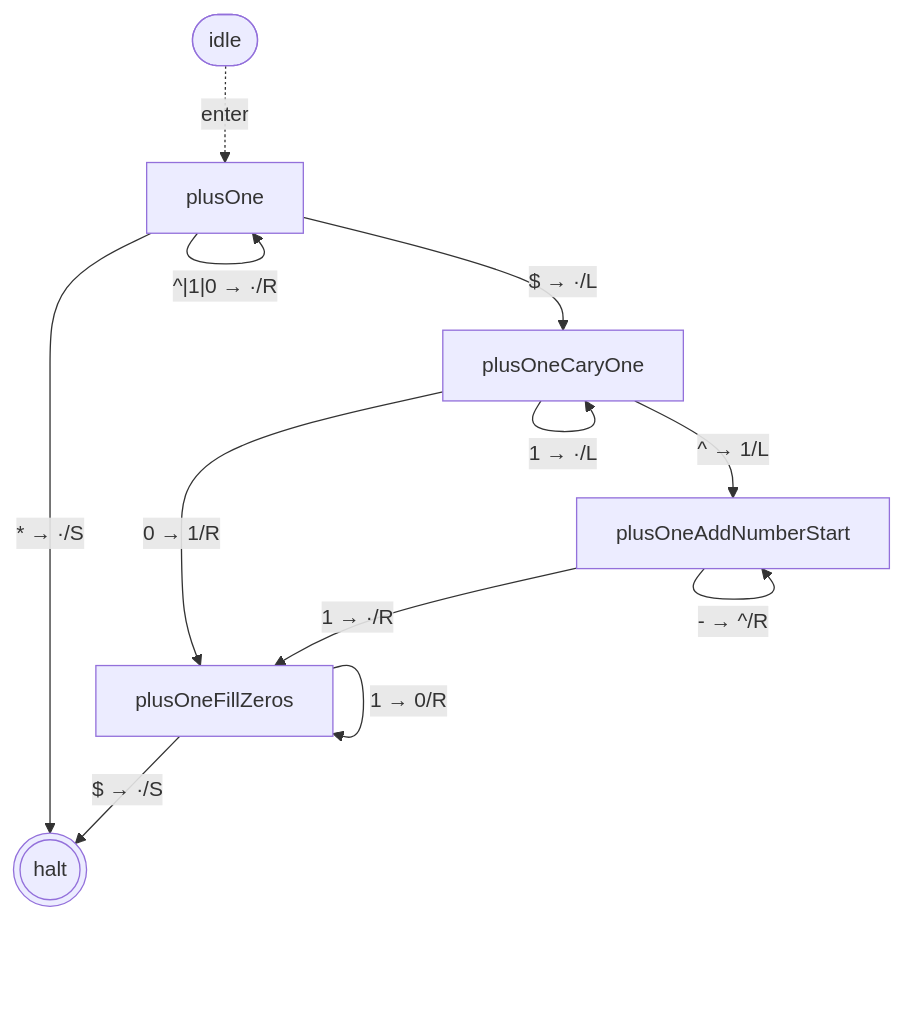
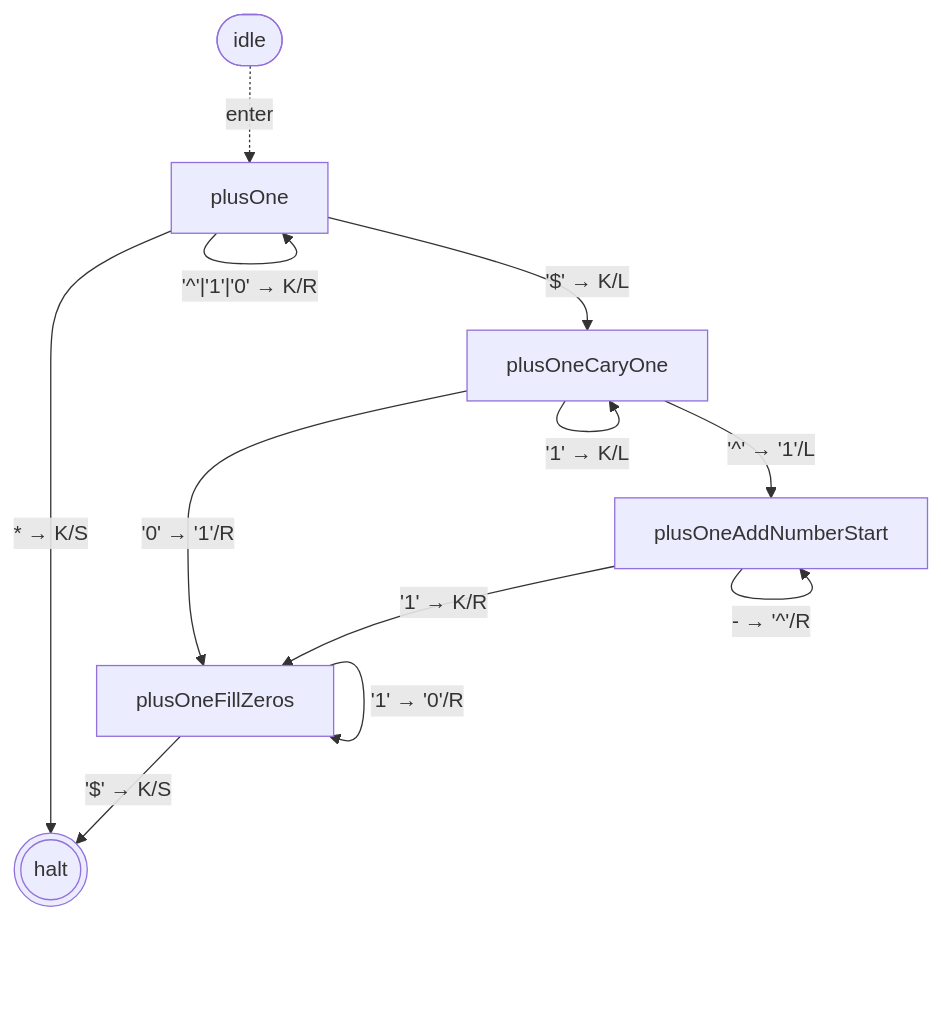
The eighth of 10 diagrams in packages/library-binary-numbers/states.md (mellonis/turing-machine-js), drawn with Mermaid before and after one commit. The commit also changed other lines of this file and 7 other files, not shown here.

````diff
--- a/packages/library-binary-numbers/states.md
+++ b/packages/library-binary-numbers/states.md
@@ -153,21 +153,21 @@
 ```mermaid
 flowchart TD
 %% alphabets: [[" ","^","$","0","1"]]
   s0(((halt)))
   s16["plusOneFillZeros"]
   s17["plusOneAddNumberStart"]
   s18["plusOneCaryOne"]
   s19["plusOne"]
   idle([idle])
   idle -. enter .-> s19
-  s16 -- "1 → 0/R" --> s16
-  s16 -- "$ → ·/S" --> s0
-  s17 -- "- → ^/R" --> s17
-  s17 -- "1 → ·/R" --> s16
-  s18 -- "0 → 1/R" --> s16
-  s18 -- "1 → ·/L" --> s18
-  s18 -- "^ → 1/L" --> s17
-  s19 -- "^|1|0 → ·/R" --> s19
-  s19 -- "$ → ·/L" --> s18
-  s19 -- "* → ·/S" --> s0
+  s16 -- "'1' → '0'/R" --> s16
+  s16 -- "'$' → K/S" --> s0
+  s17 -- "- → '^'/R" --> s17
+  s17 -- "'1' → K/R" --> s16
+  s18 -- "'0' → '1'/R" --> s16
+  s18 -- "'1' → K/L" --> s18
+  s18 -- "'^' → '1'/L" --> s17
+  s19 -- "'^'|'1'|'0' → K/R" --> s19
+  s19 -- "'$' → K/L" --> s18
+  s19 -- "* → K/S" --> s0
 ```
````
